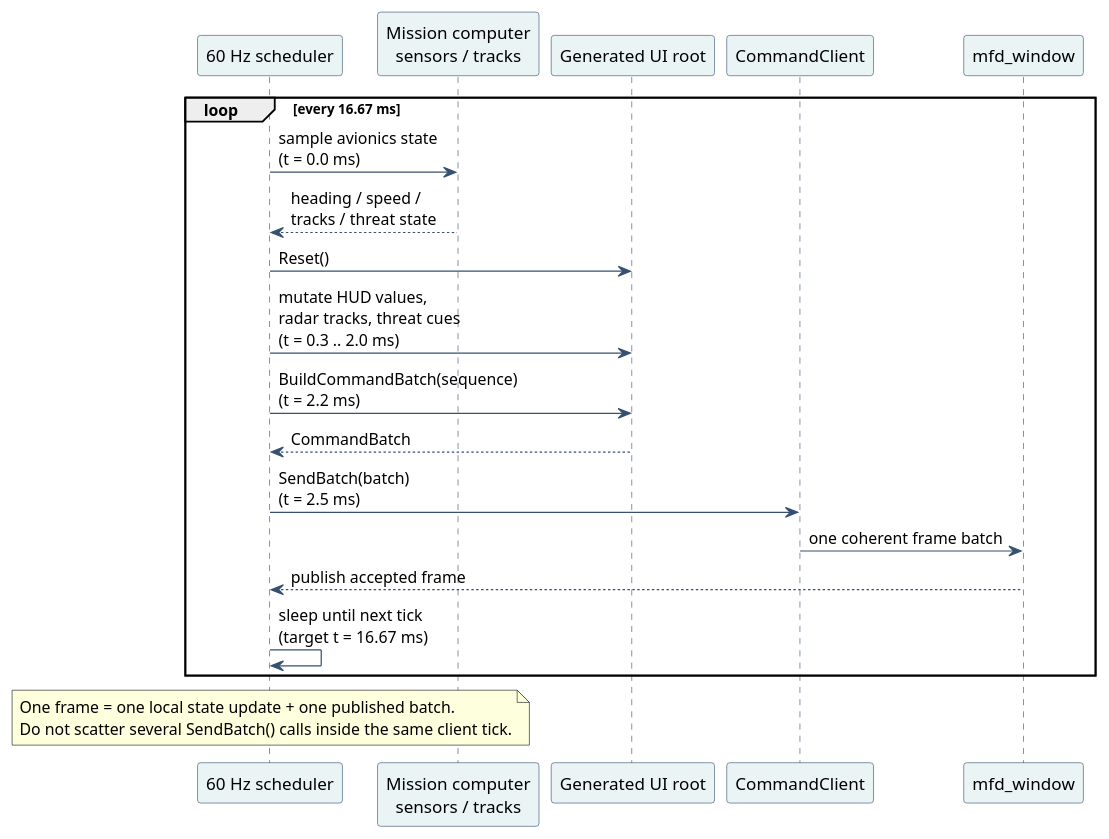
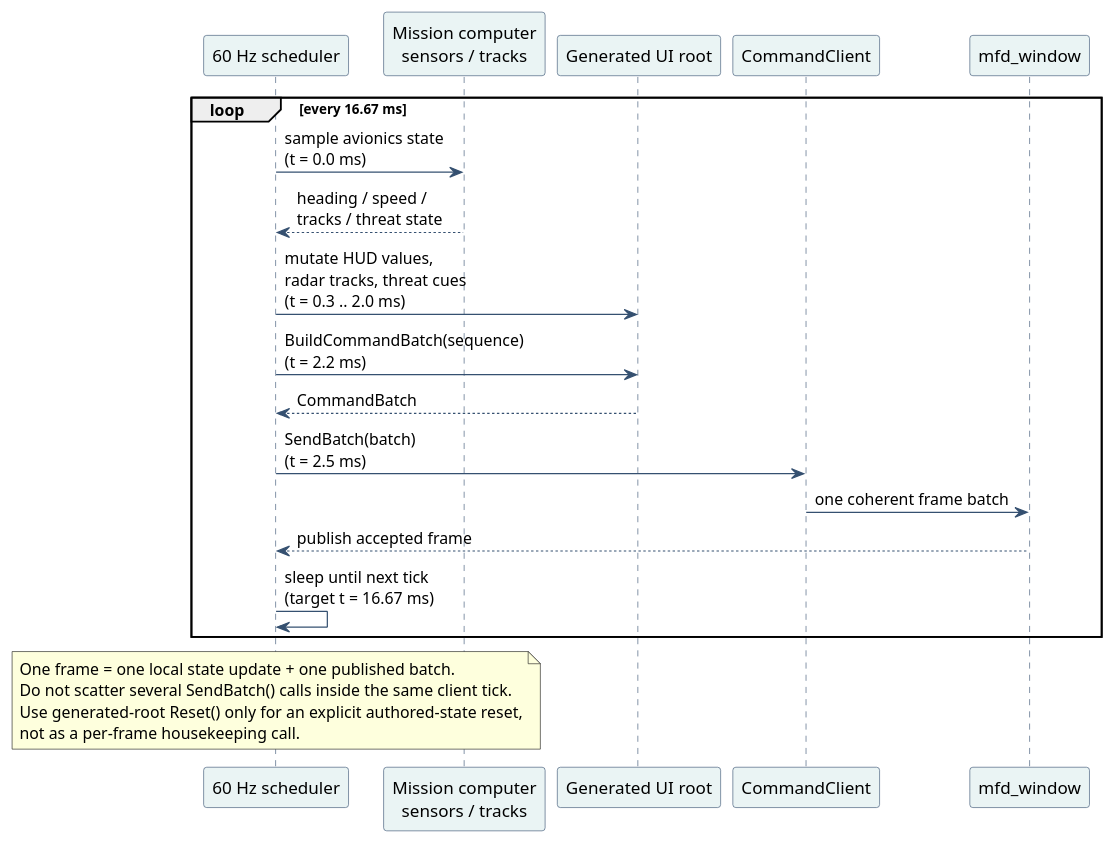
The diagram in docs/user_guide/diagrams/16_client_loop_60hz_timing.puml (benoitfragit/MFDStudio), drawn with PlantUML before and after one commit. The commit also changed 19 other files, not shown here.

Commit message:
Implement authored-state reset for generated client UI

```diff
--- a/docs/user_guide/diagrams/16_client_loop_60hz_timing.puml
+++ b/docs/user_guide/diagrams/16_client_loop_60hz_timing.puml
@@ -1,36 +1,37 @@
 @startuml
 skinparam backgroundColor #FFFFFF
 skinparam shadowing false
 skinparam defaultFontName Segoe UI
 skinparam sequence {
   ArrowColor #355070
   LifeLineBorderColor #355070
   LifeLineBackgroundColor #F8FAFC
   ParticipantBorderColor #355070
   ParticipantBackgroundColor #EAF4F4
 }
 
 participant "60 Hz scheduler" as Scheduler
 participant "Mission computer\nsensors / tracks" as Sensors
 participant "Generated UI root" as Ui
 participant "CommandClient" as Client
 participant "mfd_window" as Runtime
 
 loop every 16.67 ms
   Scheduler -> Sensors : sample avionics state\n(t = 0.0 ms)
   Sensors --> Scheduler : heading / speed /\ntracks / threat state
-  Scheduler -> Ui : Reset()
   Scheduler -> Ui : mutate HUD values,\nradar tracks, threat cues\n(t = 0.3 .. 2.0 ms)
   Scheduler -> Ui : BuildCommandBatch(sequence)\n(t = 2.2 ms)
   Ui --> Scheduler : CommandBatch
   Scheduler -> Client : SendBatch(batch)\n(t = 2.5 ms)
   Client -> Runtime : one coherent frame batch
   Runtime --> Scheduler : publish accepted frame
   Scheduler -> Scheduler : sleep until next tick\n(target t = 16.67 ms)
 end
 
 note over Scheduler
 One frame = one local state update + one published batch.
 Do not scatter several SendBatch() calls inside the same client tick.
+Use generated-root Reset() only for an explicit authored-state reset,
+not as a per-frame housekeeping call.
 end note
 @enduml
```
